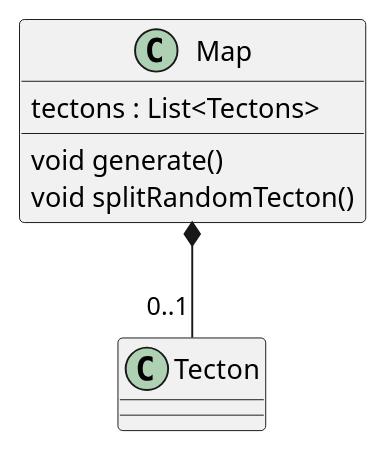
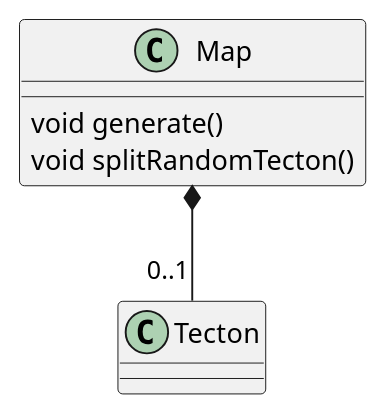
One commit to Petya-G/fungorium changed the diagram in 3/classes/map.puml. Above: the diagram before and after it, drawn with PlantUML. The commit also changed 1 other file, not shown here.

```diff
--- a/3/classes/map.puml
+++ b/3/classes/map.puml
@@ -1,8 +1,7 @@
 @startuml
 Map *-- "0..1" Tecton
 class Map{
-    tectons : List<Tectons>
     void generate()
     void splitRandomTecton()
 }
 @enduml
```
